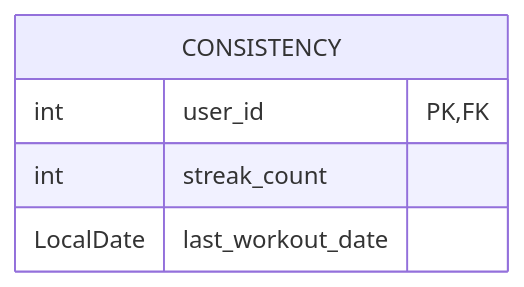
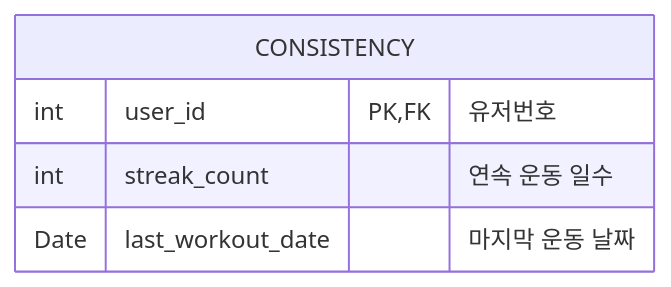
The third of 6 diagrams in _posts/2024-11-15-consistency-logic.md (pramiss/pramiss.github.io), drawn with Mermaid before and after one commit. The commit also changed other lines of this file and 1 other file, not shown here.

````diff
--- a/_posts/2024-11-15-consistency-logic.md
+++ b/_posts/2024-11-15-consistency-logic.md
@@ -49,8 +49,8 @@
 ```mermaid
 erDiagram
     CONSISTENCY {
-        int user_id PK,FK
-        int streak_count
-        LocalDate last_workout_date
+        int user_id PK,FK "유저번호"
+        int streak_count "연속 운동 일수"
+        Date last_workout_date "마지막 운동 날짜"
     }
 ```
````
